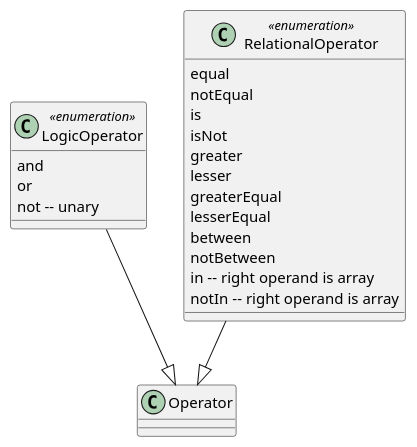
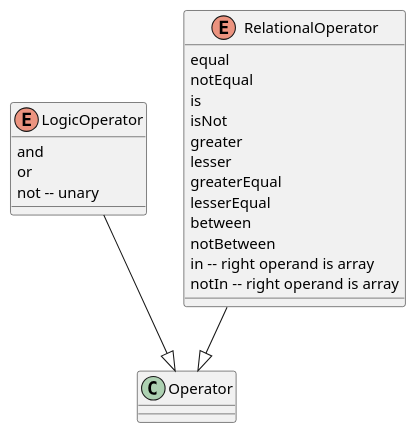
One commit to opengeospatial/styles-and-symbology changed the fifth of 5 diagrams in core/sections/clause_7_core.adoc. Above: the diagram before and after it, drawn with PlantUML. The commit also changed other lines of this file and 8 other files, not shown here.

Commit message:
correction to plantuml naming conventions

```diff
--- a/core/sections/clause_7_core.adoc
+++ b/core/sections/clause_7_core.adoc
@@ -574,23 +574,23 @@
 [plantuml, target=diagram-classes, format=png]
 ....
-class LogicOperator <<enumeration>>
+enum LogicOperator
 LogicOperator --|> Operator
 LogicOperator : and
 LogicOperator : or
 LogicOperator : not -- unary
 
-class RelationalOperator <<enumeration>>
+enum RelationalOperator
 RelationalOperator --|> Operator
 RelationalOperator : equal
 RelationalOperator : notEqual
 RelationalOperator : is
 RelationalOperator : isNot
 RelationalOperator : greater
 RelationalOperator : lesser
 RelationalOperator : greaterEqual
 RelationalOperator : lesserEqual
 RelationalOperator : between
 RelationalOperator : notBetween
 RelationalOperator : in -- right operand is array
 RelationalOperator : notIn -- right operand is array
 ....
```
